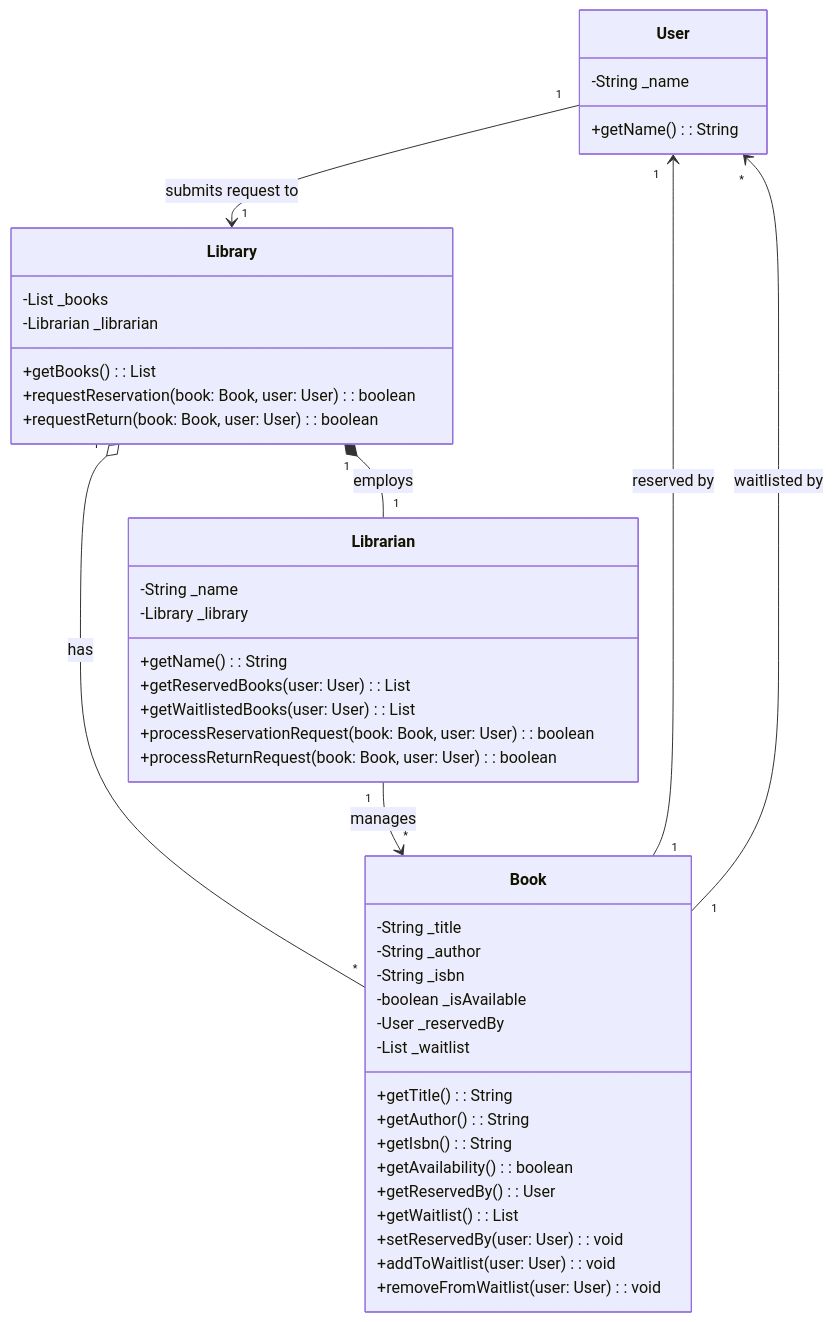
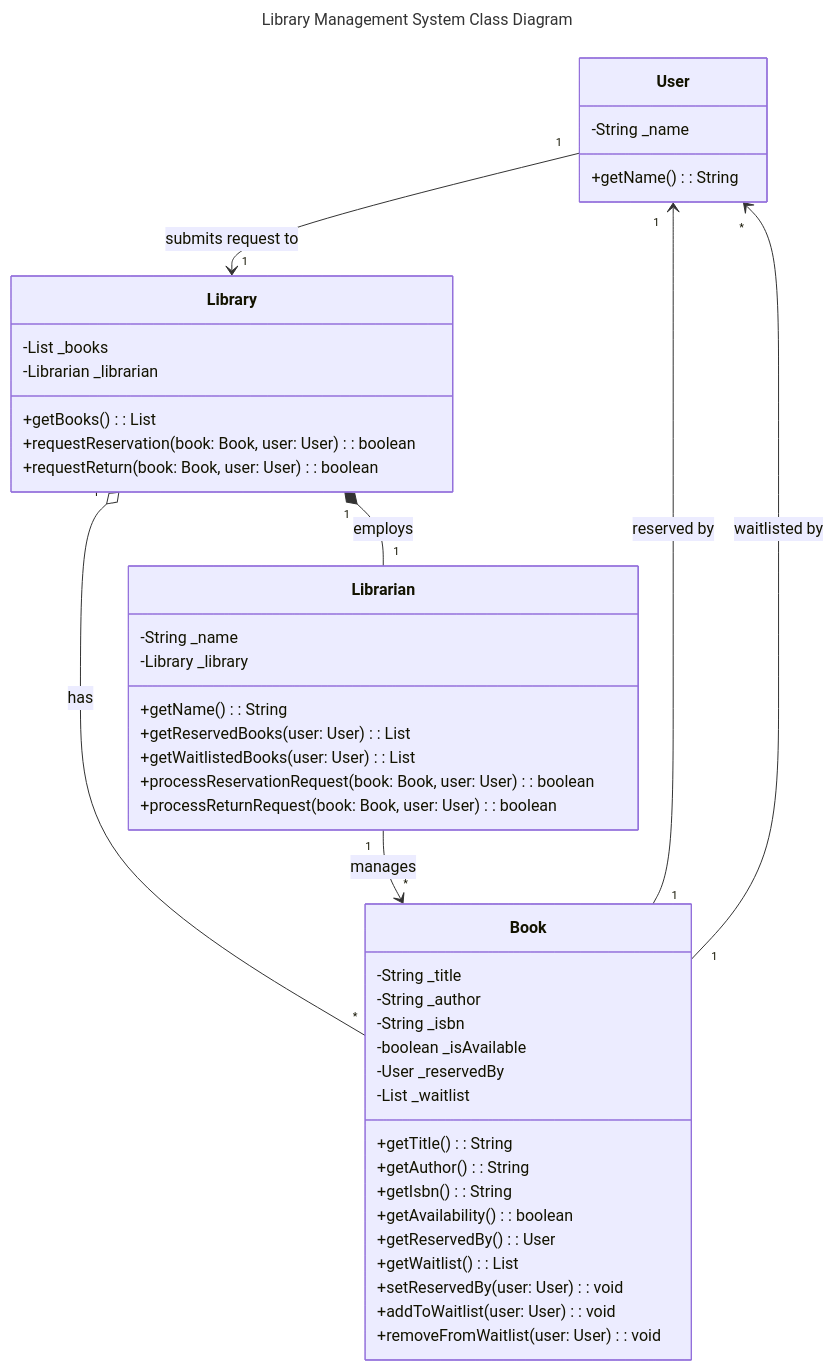
The diagram in docs/class-diagram.mmd (BetterLordWilliam/comp7082-system-modeling-lab), drawn with Mermaid before and after one commit. The commit also changed 3 other files, not shown here.

Commit message:
WO: state diagram written.

```diff
--- a/docs/class-diagram.mmd
+++ b/docs/class-diagram.mmd
@@ -1,45 +1,48 @@
+---
+title: Library Management System Class Diagram
+---
 classDiagram
     User "1" --> "1" Library : submits request to
     Library "1" o-- "*" Book : has
     Library "1" *-- "1" Librarian : employs
     Librarian "1" --> "*" Book : manages
     Book "1" --> "1" User : reserved by
     Book "1" --> "*" User : waitlisted by
 
     class Book{
         -String _title
         -String _author
         -String _isbn
         -boolean _isAvailable
         -User _reservedBy
         -List<User> _waitlist
         +getTitle(): String
         +getAuthor(): String
         +getIsbn(): String
         +getAvailability(): boolean
         +getReservedBy(): User
         +getWaitlist(): List<User>
         +setReservedBy(user: User): void
         +addToWaitlist(user: User): void
         +removeFromWaitlist(user: User): void
     }
     class User{
         -String _name
         +getName(): String
     }
     class Library{
         -List<Book> _books
         -Librarian _librarian
         +getBooks(): List<Book>
         +requestReservation(book: Book, user: User): boolean
         +requestReturn(book: Book, user: User): boolean
     }
     class Librarian{
         -String _name
         -Library _library
         +getName(): String
         +getReservedBooks(user: User): List<Book>
         +getWaitlistedBooks(user: User): List<Book>
         +processReservationRequest(book: Book, user: User): boolean
         +processReturnRequest(book: Book, user: User): boolean
     }
```
